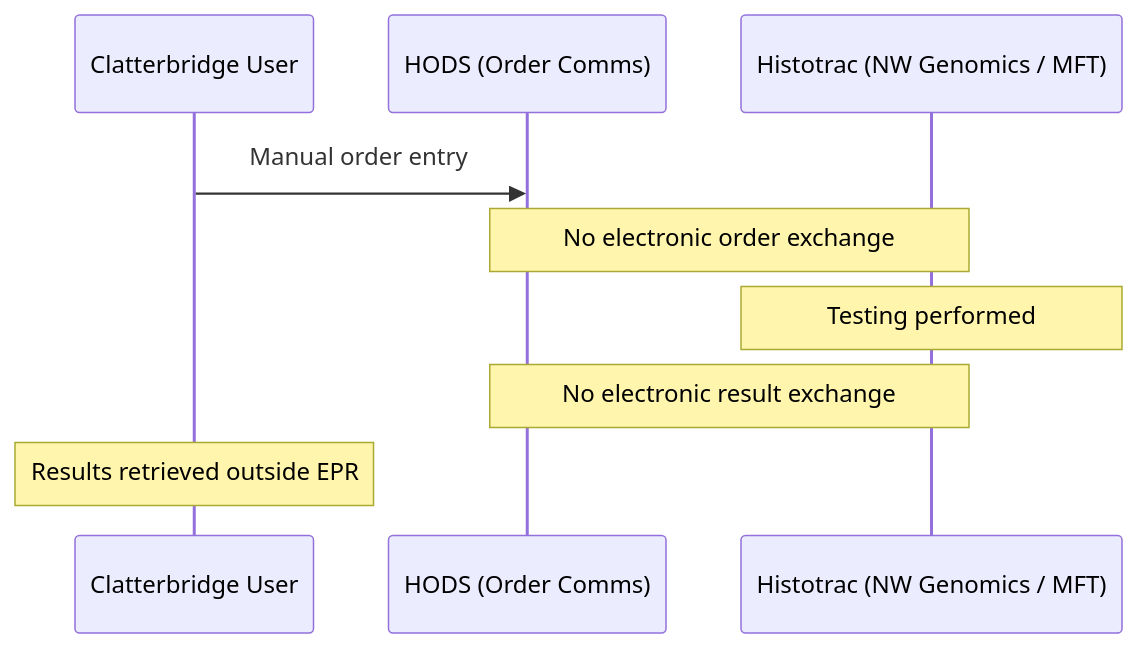
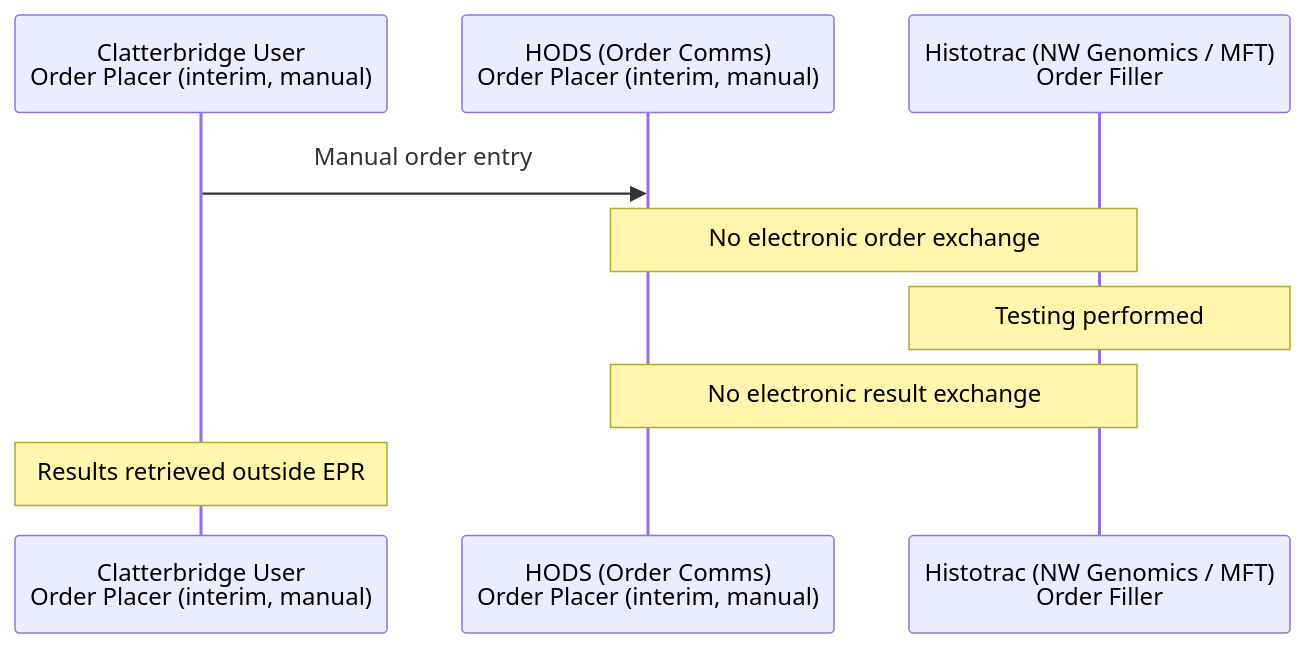
One commit to nw-gmsa/nw-gmsa.github.com changed the third of 5 diagrams in input/pagecontent/HistocompatibilityAndImmunogenetics.md. Above: the diagram before and after it, drawn with Mermaid. The commit also changed other lines of this file and 10 other files, not shown here.

````diff
--- a/input/pagecontent/HistocompatibilityAndImmunogenetics.md
+++ b/input/pagecontent/HistocompatibilityAndImmunogenetics.md
@@ -100,12 +100,12 @@
 ```mermaid
 sequenceDiagram
-    participant User as Clatterbridge User
-    participant HODS as HODS (Order Comms)
-    participant Histotrac as Histotrac (NW Genomics / MFT)
+    participant User as Clatterbridge User<br/>Order Placer (interim, manual)
+    participant HODS as HODS (Order Comms)<br/>Order Placer (interim, manual)
+    participant Histotrac as Histotrac (NW Genomics / MFT)<br/>Order Filler
 
     User->>HODS: Manual order entry
     Note over HODS,Histotrac: No electronic order exchange
     Note over Histotrac: Testing performed
     Note over HODS,Histotrac: No electronic result exchange
     Note over User: Results retrieved outside EPR
 ```
````
